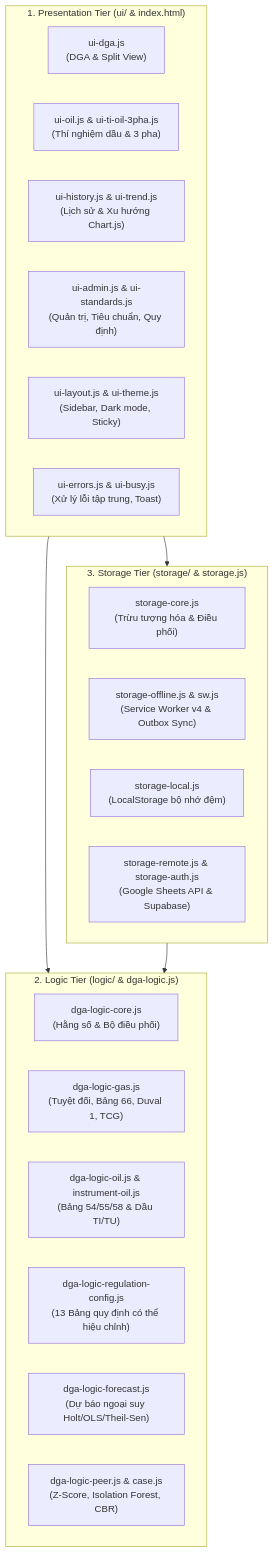
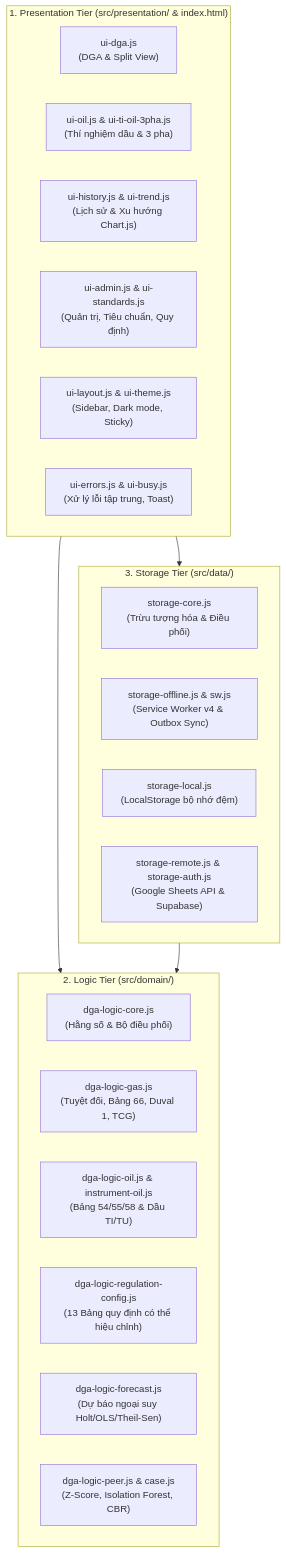
Before and after one commit to quantrong77/dga-webapp: the diagram in docs/huong-dan/Features-web-app.md, drawn with Mermaid. The commit also changed other lines of this file and 5 other files, not shown here.

First line of the commit message:
docs(refactor): cap nhat tai lieu sau Buoc 3 - cay thu muc moi, trang thai ARCHITECTURE, loi #3 #4

````diff
--- a/docs/huong-dan/Features-web-app.md
+++ b/docs/huong-dan/Features-web-app.md
@@ -23,31 +23,31 @@
 ```mermaid
 graph TD
-    subgraph PresentationTier["1. Presentation Tier (ui/ & index.html)"]
+    subgraph PresentationTier["1. Presentation Tier (src/presentation/ & index.html)"]
         UI_DGA["ui-dga.js<br/>(DGA & Split View)"]
         UI_Oil["ui-oil.js & ui-ti-oil-3pha.js<br/>(Thí nghiệm dầu & 3 pha)"]
         UI_History["ui-history.js & ui-trend.js<br/>(Lịch sử & Xu hướng Chart.js)"]
         UI_Admin["ui-admin.js & ui-standards.js<br/>(Quản trị, Tiêu chuẩn, Quy định)"]
         UI_Layout["ui-layout.js & ui-theme.js<br/>(Sidebar, Dark mode, Sticky)"]
         UI_Errors["ui-errors.js & ui-busy.js<br/>(Xử lý lỗi tập trung, Toast)"]
     end
 
-    subgraph LogicTier["2. Logic Tier (logic/ & dga-logic.js)"]
+    subgraph LogicTier["2. Logic Tier (src/domain/)"]
         DGA_Core["dga-logic-core.js<br/>(Hằng số & Bộ điều phối)"]
         DGA_Gas["dga-logic-gas.js<br/>(Tuyệt đối, Bảng 66, Duval 1, TCG)"]
         DGA_Oil["dga-logic-oil.js & instrument-oil.js<br/>(Bảng 54/55/58 & Dầu TI/TU)"]
         DGA_Reg["dga-logic-regulation-config.js<br/>(13 Bảng quy định có thể hiệu chỉnh)"]
         DGA_Forecast["dga-logic-forecast.js<br/>(Dự báo ngoại suy Holt/OLS/Theil-Sen)"]
         DGA_Stats["dga-logic-peer.js & case.js<br/>(Z-Score, Isolation Forest, CBR)"]
     end
 
-    subgraph StorageTier["3. Storage Tier (storage/ & storage.js)"]
+    subgraph StorageTier["3. Storage Tier (src/data/)"]
         Store_Core["storage-core.js<br/>(Trừu tượng hóa & Điều phối)"]
         Store_Offline["storage-offline.js & sw.js<br/>(Service Worker v4 & Outbox Sync)"]
         Store_Local["storage-local.js<br/>(LocalStorage bộ nhớ đệm)"]
         Store_Remote["storage-remote.js & storage-auth.js<br/>(Google Sheets API & Supabase)"]
     end
 
     PresentationTier --> LogicTier
     PresentationTier --> StorageTier
     StorageTier --> LogicTier
 ```
````
